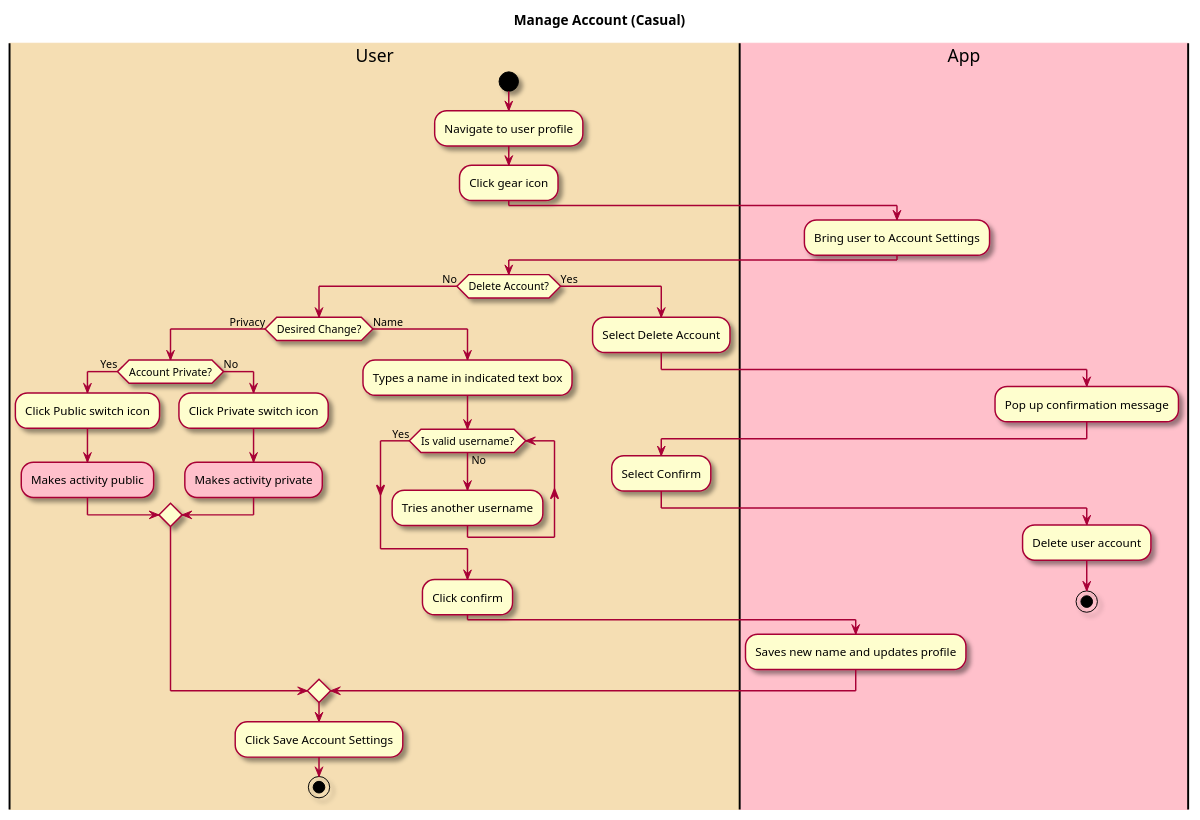
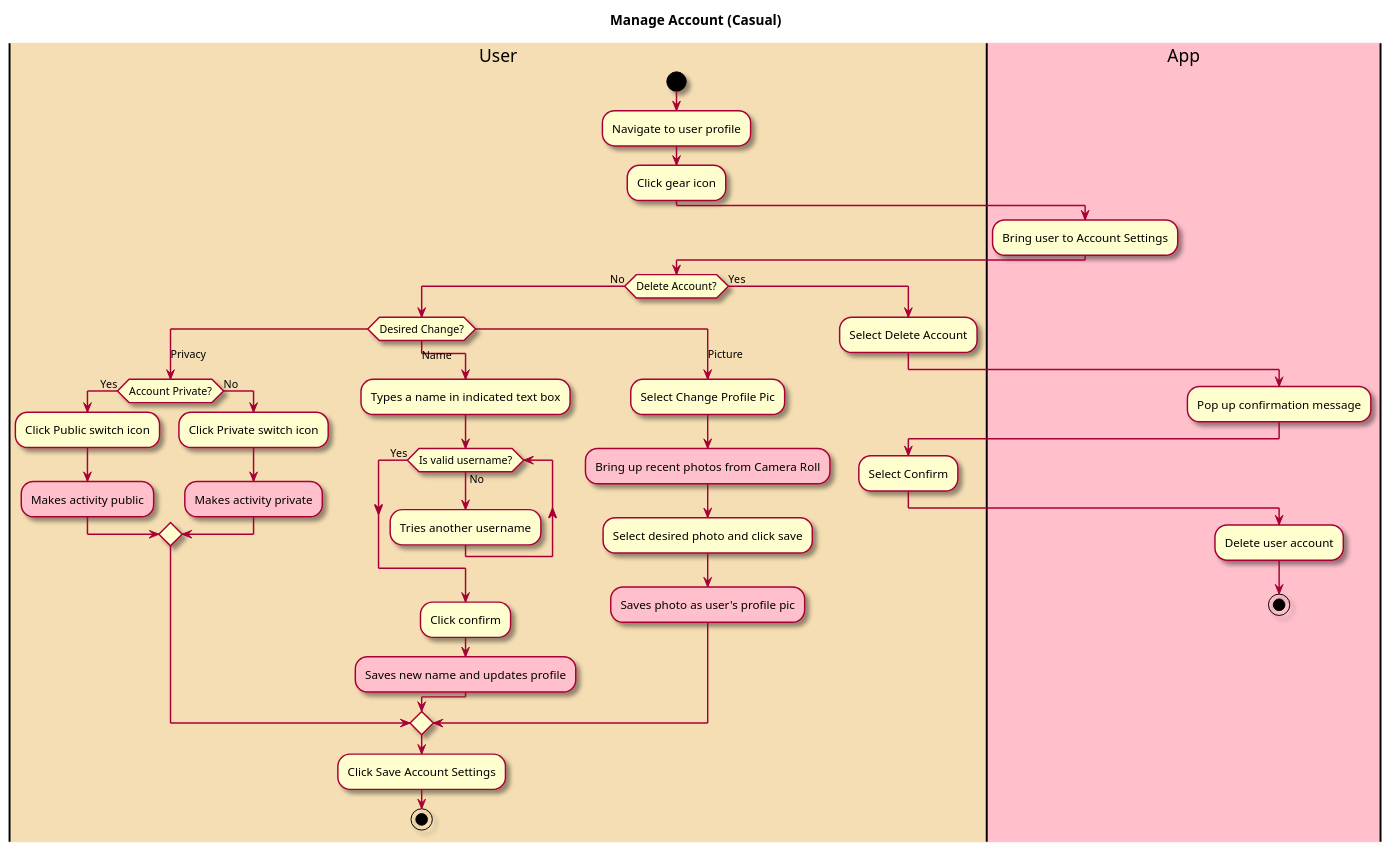
The diagram in intellij/doc/use_cases/manage-account.md (tanwasp/LunchBox-Android), drawn with PlantUML before and after one commit. The commit also changed other lines of this file and 7 other files, not shown here.

````diff
--- a/intellij/doc/use_cases/manage-account.md
+++ b/intellij/doc/use_cases/manage-account.md
@@ -24,58 +26,65 @@
 ```plantuml
 @startuml
 
 skin rose
 
 title Manage Account (Casual)
 
 |#wheat|User|
 |#pink|App|
 
 |User|
 start
 :Navigate to user profile;
 :Click gear icon;
 
 |App|
 :Bring user to Account Settings;
 
 |User|
 if (Delete Account?) is (No) then
-if (Desired Change?) is (Privacy) then
+switch (Desired Change?) 
+case (Privacy)
 if (Account Private?) is (Yes) then
 :Click Public switch icon;
 #pink:Makes activity public;
 else (No)
 :Click Private switch icon;
 #pink:Makes activity private;
 endif
-else (Name)
+case (Name)
 |User|
 :Types a name in indicated text box;
-
 
 while (Is valid username?) is (No) 
 |User|
 :Tries another username;
 endwhile (Yes)
 :Click confirm;
-|App|
-:Saves new name and updates profile;
-endif
+#pink:Saves new name and updates profile;
+
+case (Picture)
+|User|
+:Select Change Profile Pic;
+#pink:Bring up recent photos from Camera Roll;
+:Select desired photo and click save;
+#pink:Saves photo as user's profile pic;
+endswitch
+
 |User|
 :Click Save Account Settings;
 stop
 
 else (Yes)
 |User|
 :Select Delete Account;
 |App|
 :Pop up confirmation message;
 |User|
 :Select Confirm;
 |App|
 :Delete user account;
 stop
 
 @enduml
 ```
````
